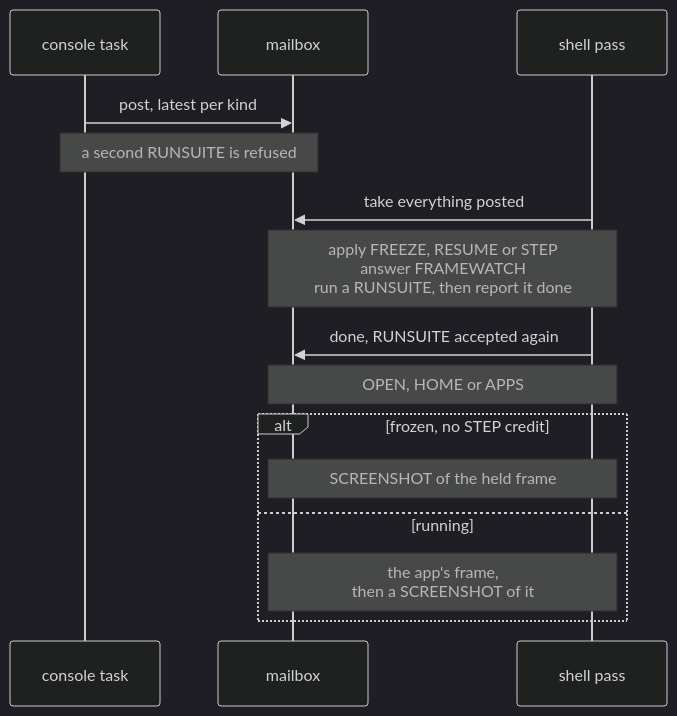
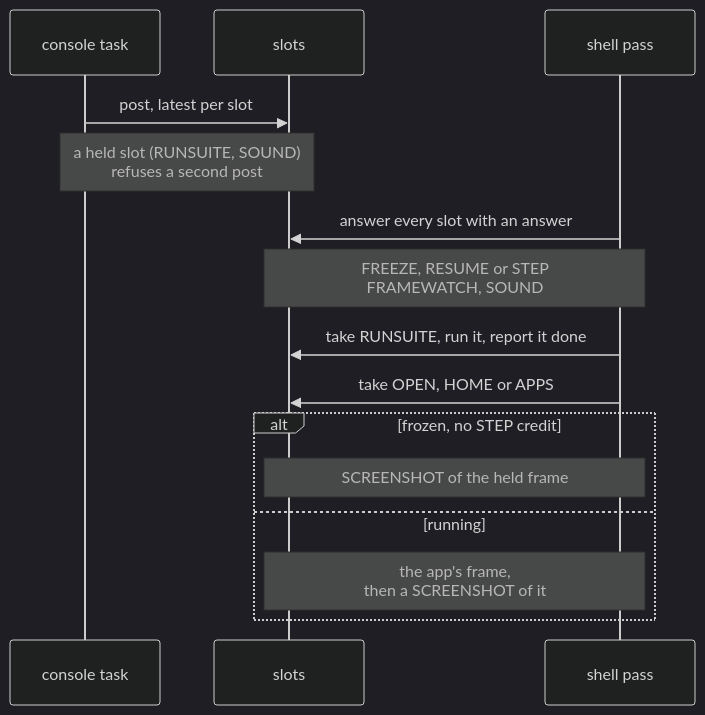
Before and after one commit to jose-villegas/autana: the second of 2 diagrams in docs/firmware/Frame-Loop.md, drawn with Mermaid (dark theme). The commit also changed other lines of this file and 19 other files, not shown here.

First line of the commit message:
console: frame slots per verb owner replace the closed request struct

````diff
--- a/docs/firmware/Frame-Loop.md
+++ b/docs/firmware/Frame-Loop.md
@@ -51,17 +49,17 @@
 ```mermaid
 sequenceDiagram
     participant Console as console task
-    participant Mail as mailbox
+    participant Slot as slots
     participant Shell as shell pass
-    Console->>Mail: post, latest per kind
-    Note over Console,Mail: a second RUNSUITE is refused
-    Shell->>Mail: take everything posted
-    Note over Mail,Shell: apply FREEZE, RESUME or STEP<br/>answer FRAMEWATCH<br/>run a RUNSUITE, then report it done
-    Shell->>Mail: done, RUNSUITE accepted again
-    Note over Mail,Shell: OPEN, HOME or APPS
+    Console->>Slot: post, latest per slot
+    Note over Console,Slot: a held slot (RUNSUITE, SOUND)<br/>refuses a second post
+    Shell->>Slot: answer every slot with an answer
+    Note over Slot,Shell: FREEZE, RESUME or STEP<br/>FRAMEWATCH, SOUND
+    Shell->>Slot: take RUNSUITE, run it, report it done
+    Shell->>Slot: take OPEN, HOME or APPS
     alt frozen, no STEP credit
-        Note over Mail,Shell: SCREENSHOT of the held frame
+        Note over Slot,Shell: SCREENSHOT of the held frame
     else running
-        Note over Mail,Shell: the app's frame,<br/>then a SCREENSHOT of it
+        Note over Slot,Shell: the app's frame,<br/>then a SCREENSHOT of it
     end
 ```
````
